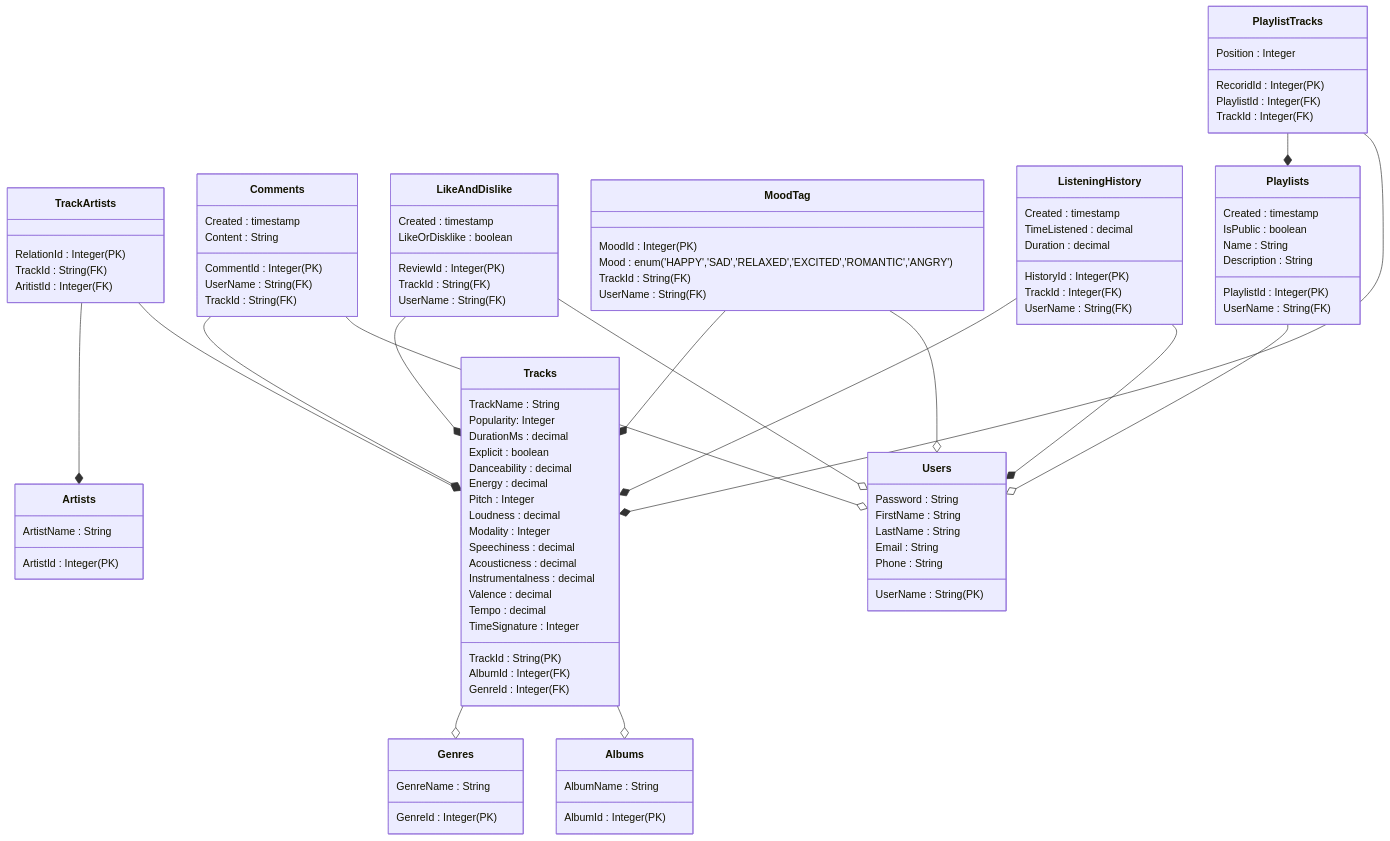
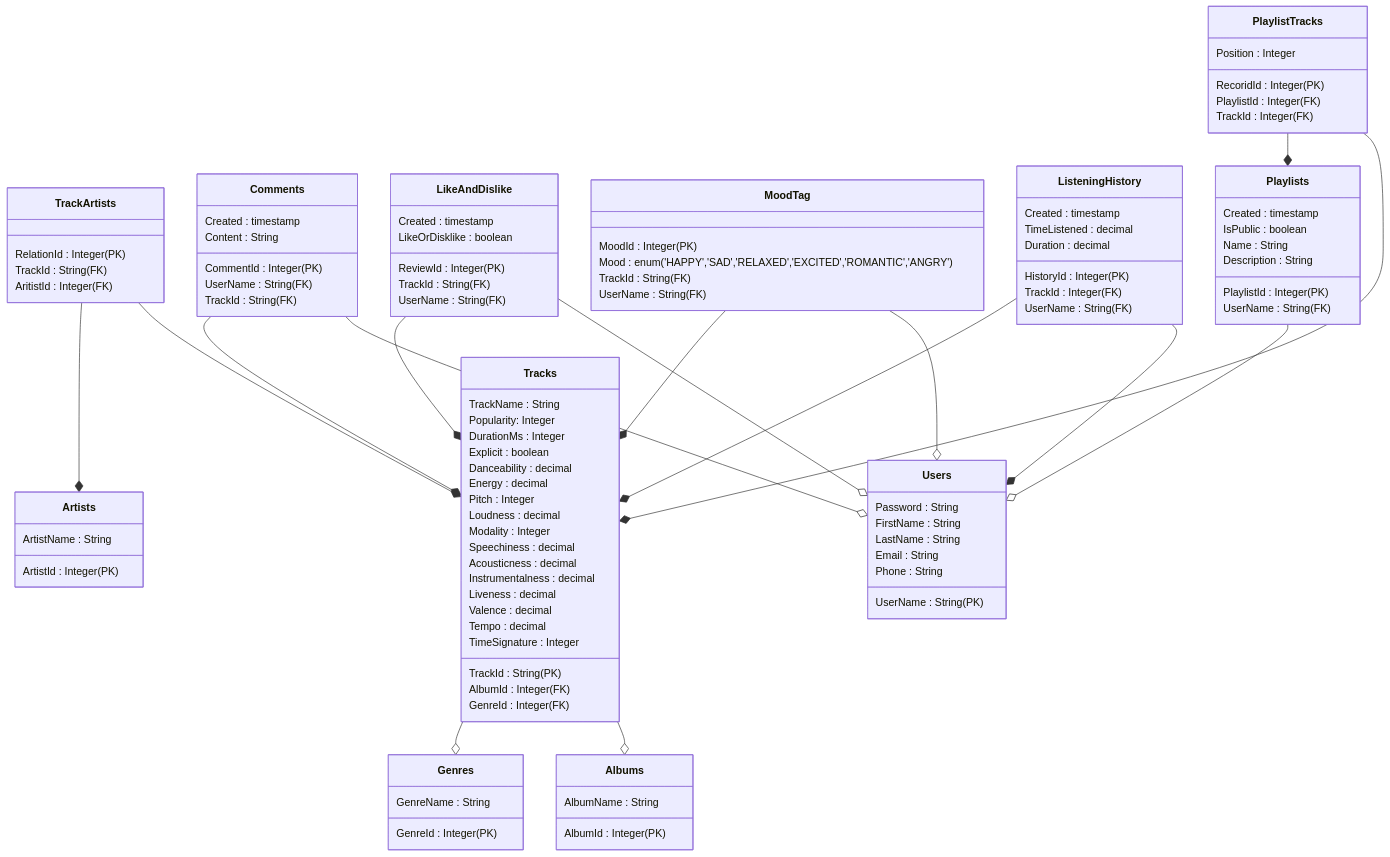
Before and after one commit to olvmky/musicRecommendation: the diagram in README.md, drawn with Mermaid.

```diff
--- a/README.md
+++ b/README.md
@@ -45,7 +45,7 @@
         GenreId : Integer (FK)
         
         Popularity: Integer
-        DurationMs : decimal
+        DurationMs : Integer
         Explicit : boolean
         Danceability : decimal
         Energy : decimal
@@ -55,6 +55,7 @@
         Speechiness : decimal
         Acousticness : decimal
         Instrumentalness : decimal
+        Liveness : decimal
         Valence : decimal
         Tempo : decimal
         TimeSignature : Integer
```
